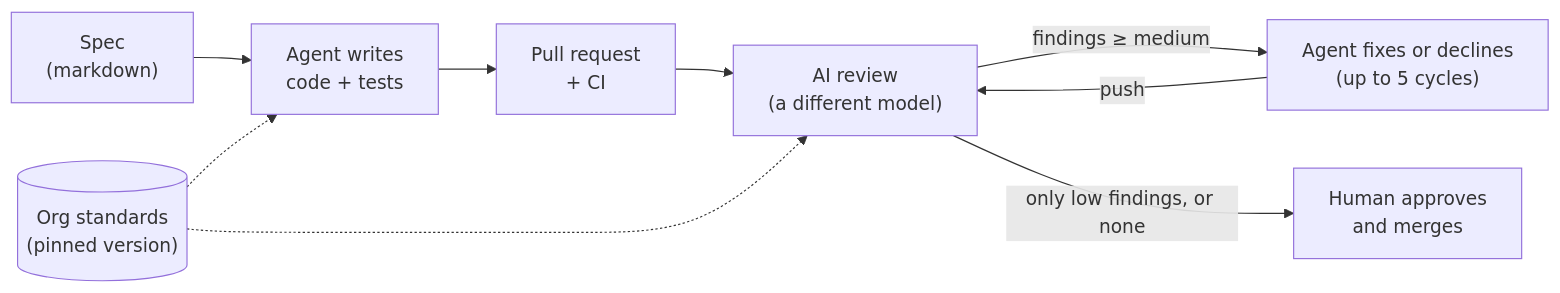
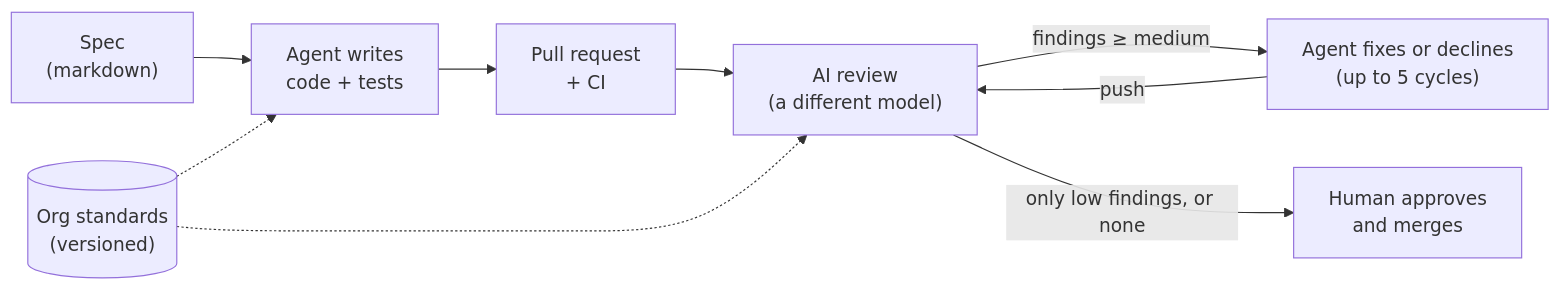
Before and after one commit to gonzzza/ai-dev-automation: the diagram in README.md, drawn with Mermaid. The commit also changed other lines of this file and 1 other file, not shown here.

Commit message:
Say plainly that the demo's standards follow main, not a pin (#16)
The README diagram labelled the standards "pinned version", but this
repo reads them from each PR's base commit, which follows main: a
merged standards change applies to the next PR with no bump. Only the
enterprise example pins a tag. Relabel the diagram, say so where the
demo setup is described, and update org-standards/README.md, which
still said the agent would get the standards in a later spec.

````diff
--- a/README.md
+++ b/README.md
@@ -5,11 +5,11 @@
 ```mermaid
 flowchart LR
   spec["Spec<br/>(markdown)"] --> agent["Agent writes<br/>code + tests"]
   agent --> pr["Pull request<br/>+ CI"]
   pr --> review["AI review<br/>(a different model)"]
   review -- "findings ≥ medium" --> fix["Agent fixes or declines<br/>(up to 5 cycles)"]
   fix -- "push" --> review
   review -- "only low findings, or none" --> human["Human approves<br/>and merges"]
-  standards[("Org standards<br/>(pinned version)")] -.-> agent
+  standards[("Org standards<br/>(versioned)")] -.-> agent
   standards -.-> review
 ```
````
